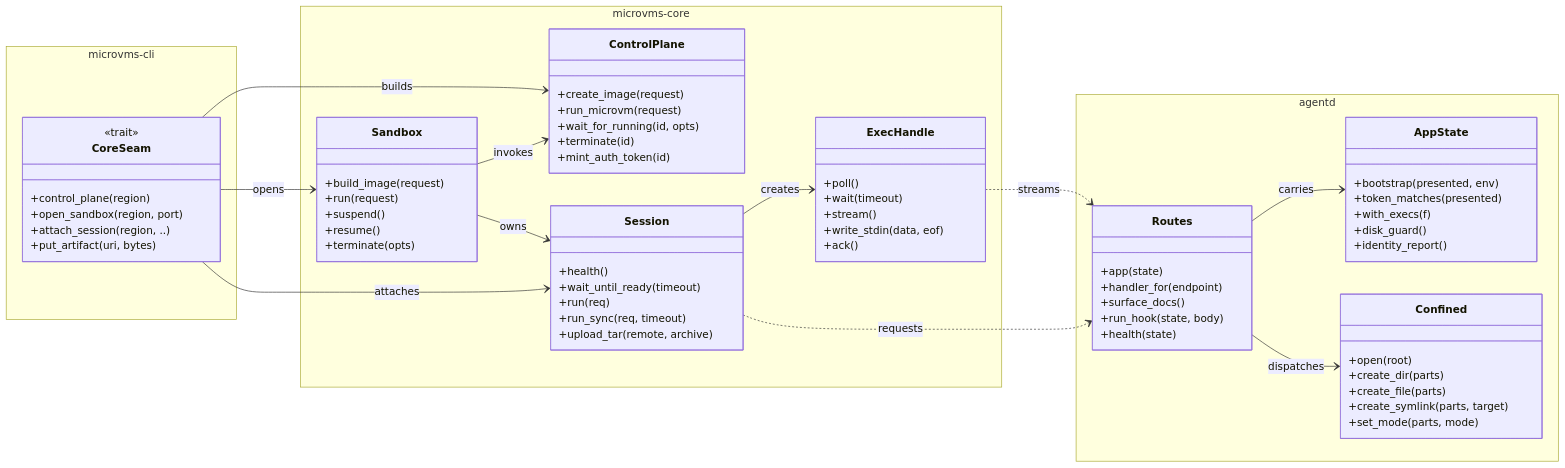
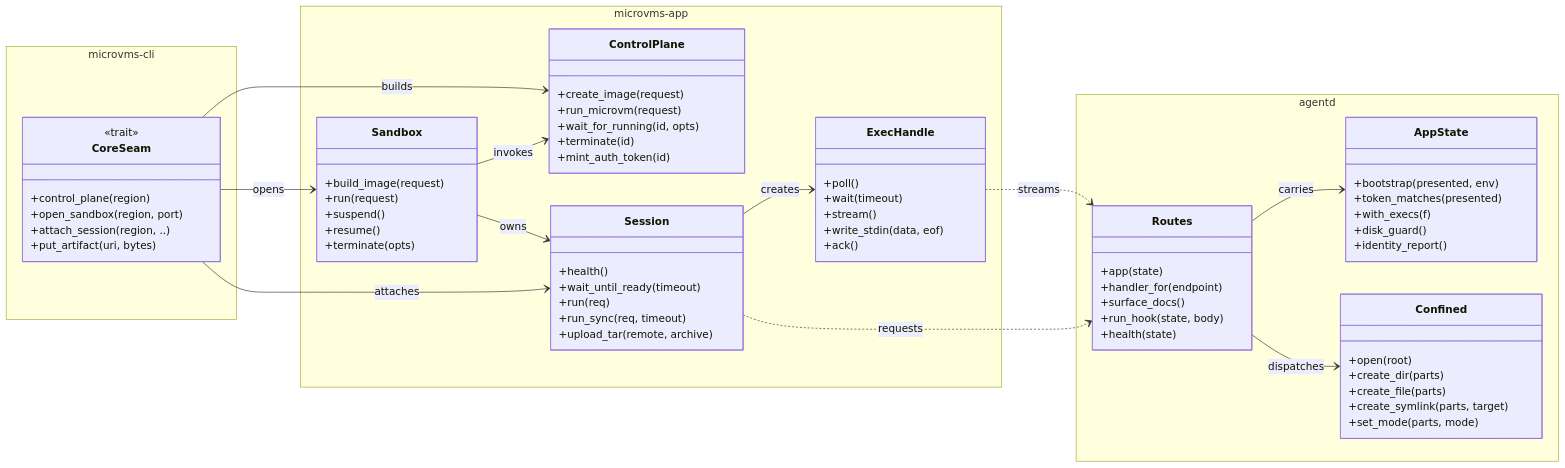
The diagram in docs/diagrams/architecture/components.md (laithalsaadoon/microvms-agentd), drawn with Mermaid before and after one commit. The commit also changed other lines of this file and 188 other files, not shown here.

````diff
--- a/docs/diagrams/architecture/components.md
+++ b/docs/diagrams/architecture/components.md
@@ -3,80 +3,80 @@
 ```mermaid
 classDiagram
     direction LR
 
     namespace microvms-cli {
         class CoreSeam {
             <<trait>>
             +control_plane(region)
             +open_sandbox(region, port)
             +attach_session(region, ..)
             +put_artifact(uri, bytes)
         }
     }
 
-    namespace microvms-core {
+    namespace microvms-app {
         class Sandbox {
             +build_image(request)
             +run(request)
             +suspend()
             +resume()
             +terminate(opts)
         }
         class ControlPlane {
             +create_image(request)
             +run_microvm(request)
             +wait_for_running(id, opts)
             +terminate(id)
             +mint_auth_token(id)
         }
         class Session {
             +health()
             +wait_until_ready(timeout)
             +run(req)
             +run_sync(req, timeout)
             +upload_tar(remote, archive)
         }
         class ExecHandle {
             +poll()
             +wait(timeout)
             +stream()
             +write_stdin(data, eof)
             +ack()
         }
     }
 
     namespace agentd {
         class Routes {
             +app(state)
             +handler_for(endpoint)
             +surface_docs()
             +run_hook(state, body)
             +health(state)
         }
         class AppState {
             +bootstrap(presented, env)
             +token_matches(presented)
             +with_execs(f)
             +disk_guard()
             +identity_report()
         }
         class Confined {
             +open(root)
             +create_dir(parts)
             +create_file(parts)
             +create_symlink(parts, target)
             +set_mode(parts, mode)
         }
     }
 
     CoreSeam --> ControlPlane : builds
     CoreSeam --> Sandbox : opens
     CoreSeam --> Session : attaches
     Sandbox --> ControlPlane : invokes
     Sandbox --> Session : owns
     Session --> ExecHandle : creates
     Session ..> Routes : requests
     ExecHandle ..> Routes : streams
     Routes --> AppState : carries
     Routes --> Confined : dispatches
 ```
````
